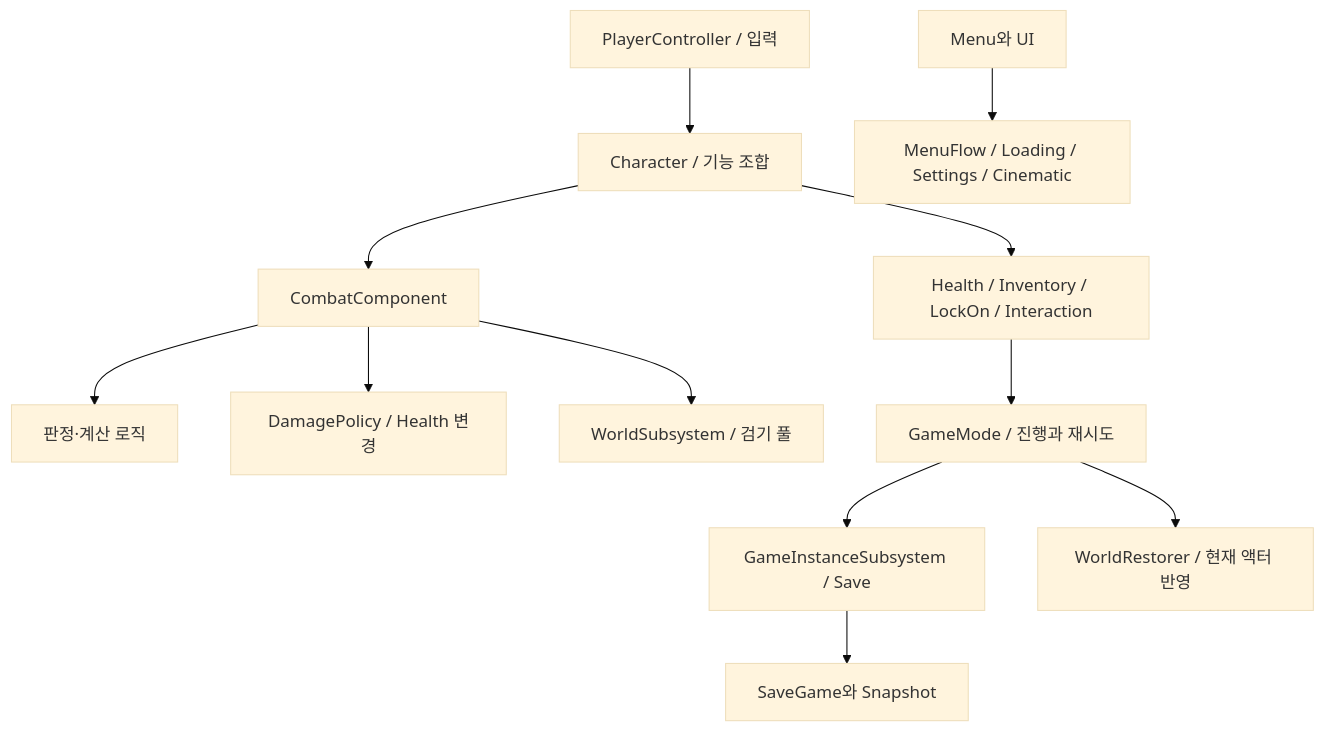
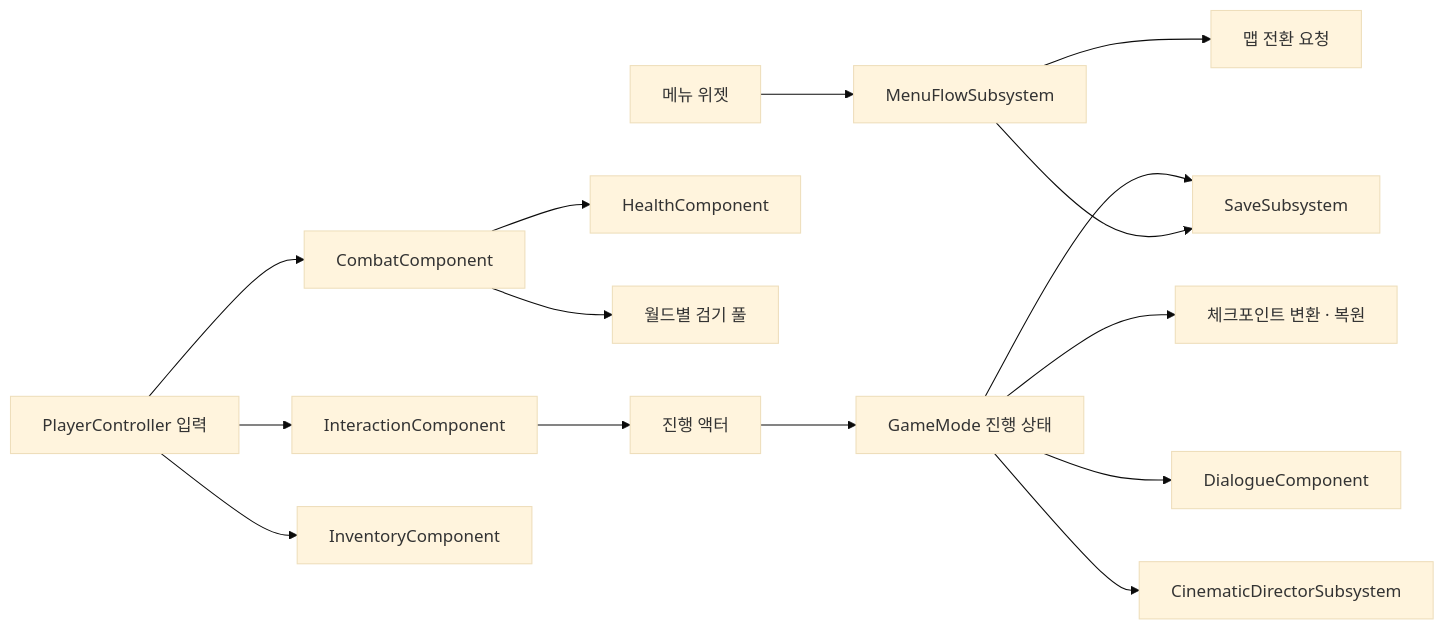
One commit to KangWooKim/Aetherfall changed the diagram in Docs/03_Technical/ProjectOverview.md. Above: the diagram before and after it, drawn with Mermaid (base theme). The commit also changed other lines of this file and 3 other files, not shown here.

````diff
--- a/Docs/03_Technical/ProjectOverview.md
+++ b/Docs/03_Technical/ProjectOverview.md
@@ -40,14 +9,17 @@
 ```mermaid
-flowchart TD
-    Input[PlayerController / 입력] --> Character[Character / 기능 조합]
-    Character --> Combat[CombatComponent]
-    Character --> Other[Health / Inventory / LockOn / Interaction]
-    Combat --> Policy[판정·계산 로직]
-    Combat --> Damage[DamagePolicy / Health 변경]
-    Combat --> Pool[WorldSubsystem / 검기 풀]
-    Other --> Mode[GameMode / 진행과 재시도]
-    Mode --> Save[GameInstanceSubsystem / Save]
-    Save --> Snapshot[SaveGame와 Snapshot]
-    Mode --> Restore[WorldRestorer / 현재 액터 반영]
-    Menu[Menu와 UI] --> Services[MenuFlow / Loading / Settings / Cinematic]
+flowchart LR
+    Menu[메뉴 위젯] --> Flow[MenuFlowSubsystem]
+    Flow --> Save[SaveSubsystem]
+    Flow --> Map[맵 전환 요청]
+    Input[PlayerController 입력] --> Combat[CombatComponent]
+    Input --> Interact[InteractionComponent]
+    Input --> Item[InventoryComponent]
+    Combat --> Health[HealthComponent]
+    Combat --> Pool[월드별 검기 풀]
+    Interact --> World[진행 액터]
+    World --> GM[GameMode 진행 상태]
+    GM --> Snapshot[체크포인트 변환 · 복원]
+    GM --> Save
+    GM --> Dialogue[DialogueComponent]
+    GM --> Cinema[CinematicDirectorSubsystem]
 ```
````
